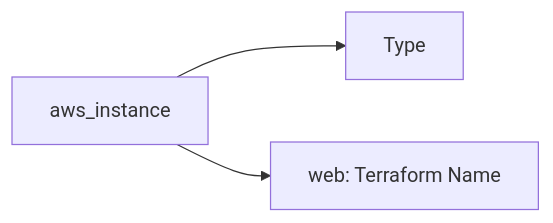
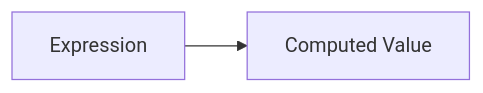
One commit to arira-ai/ar_terraform changed diagram 11 of 11 in 02-Terrafrom_Blocks/02.02-Providers_&_Resources.md. Above: the diagram before and after it, drawn with Mermaid. The commit also changed other lines of this file, not shown here.

````diff
--- a/02-Terrafrom_Blocks/02.02-Providers_&_Resources.md
+++ b/02-Terrafrom_Blocks/02.02-Providers_&_Resources.md
@@ -167,5 +825,4 @@
 ```mermaid
 flowchart LR
-A[aws_instance] --> B[Type]
-A --> C[web: Terraform Name]
+    A[Expression] --> B[Computed Value]
 ```
````
